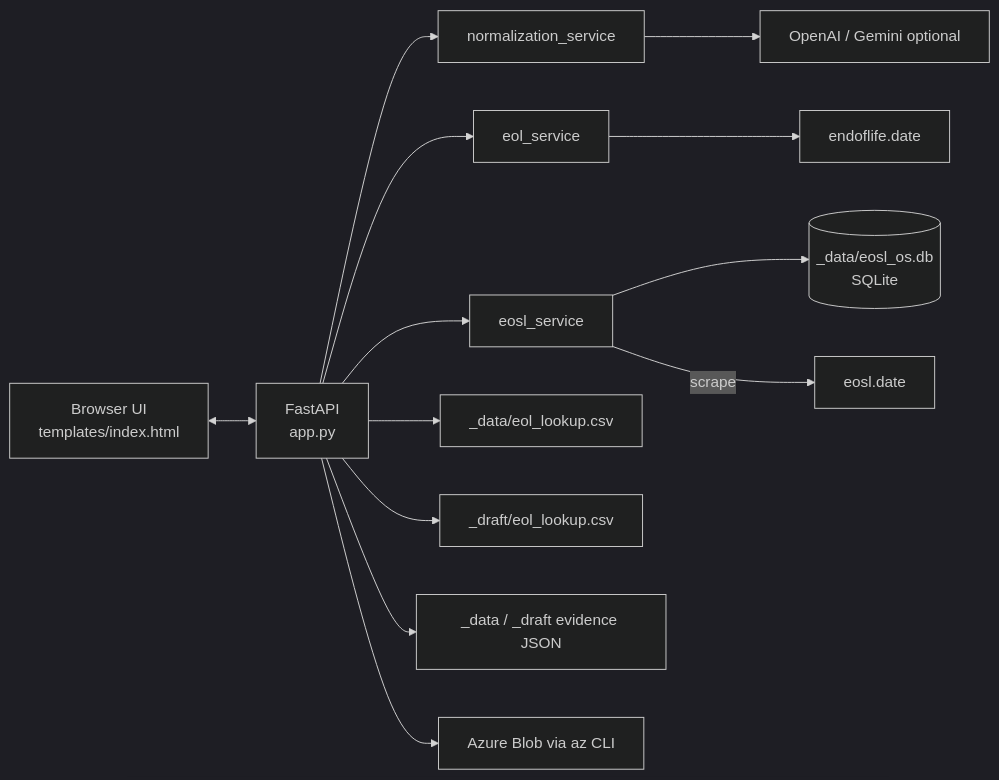
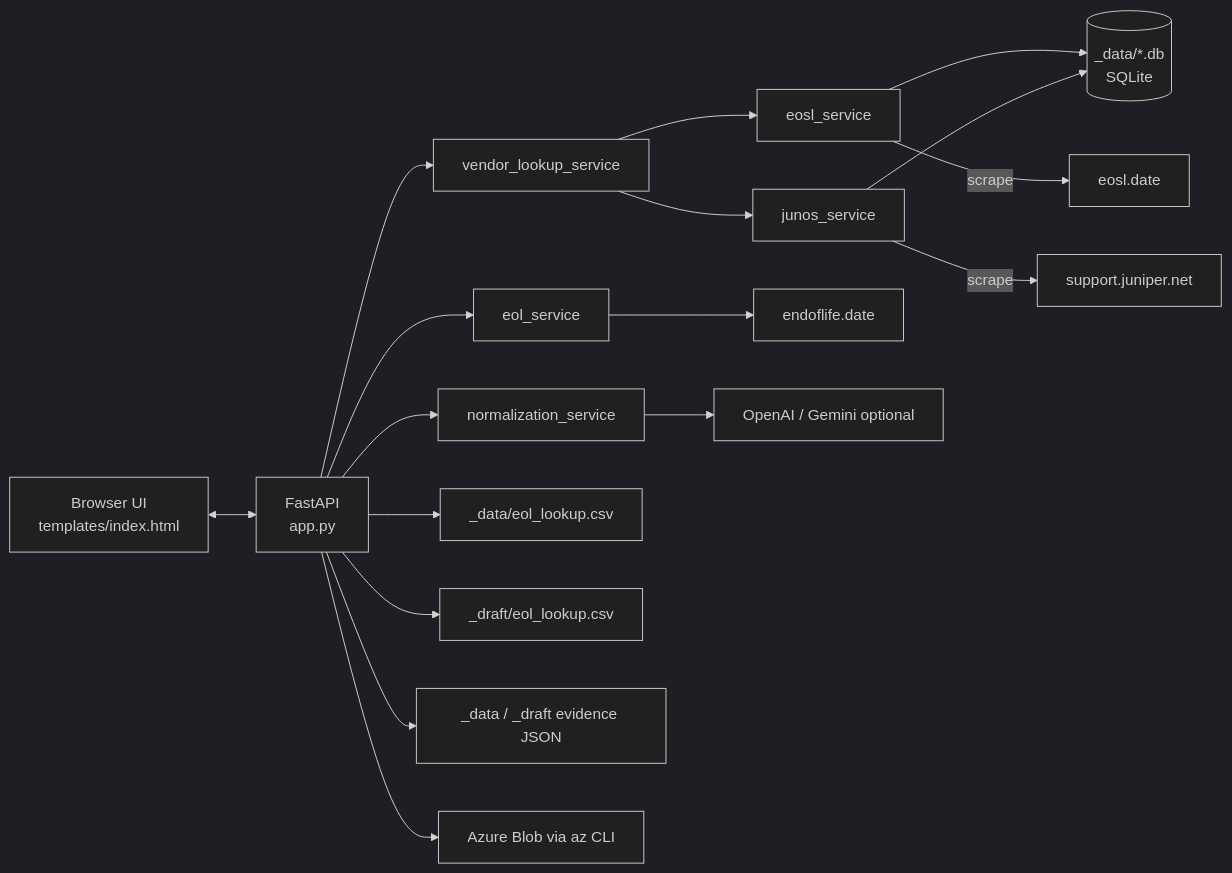
The first of 7 diagrams in README.md (jibinge0rge/OS-Health-Check), drawn with Mermaid (dark theme) before and after one commit. The commit also changed other lines of this file and 7 other files, not shown here.

First line of the commit message:
Add Junos OS lifecycle data scraping and vendor lookup functionality

````diff
--- a/README.md
+++ b/README.md
@@ -90,29 +93,36 @@
 ```mermaid
 flowchart LR
   UI["Browser UI<br/>templates/index.html"]
   API["FastAPI<br/>app.py"]
   Norm["normalization_service"]
   Eol["eol_service"]
+  Vendor["vendor_lookup_service"]
   Eosl["eosl_service"]
+  Junos["junos_service"]
   Data["_data/eol_lookup.csv"]
   Draft["_draft/eol_lookup.csv"]
   Ev["_data / _draft evidence JSON"]
-  DB[("_data/eosl_os.db<br/>SQLite")]
+  DB[("_data/*.db<br/>SQLite")]
   EOLAPI["endoflife.date"]
   EOSLSITE["eosl.date"]
+  JUNIPER["support.juniper.net"]
   OAI["OpenAI / Gemini optional"]
   Az["Azure Blob via az CLI"]
 
   UI <--> API
   API --> Norm
   API --> Eol
-  API --> Eosl
+  API --> Vendor
+  Vendor --> Eosl
+  Vendor --> Junos
   API --> Data
   API --> Draft
   API --> Ev
   Eol --> EOLAPI
   Eosl --> DB
+  Junos --> DB
   Eosl -->|scrape| EOSLSITE
+  Junos -->|scrape| JUNIPER
   Norm --> OAI
   API --> Az
 ```
````
